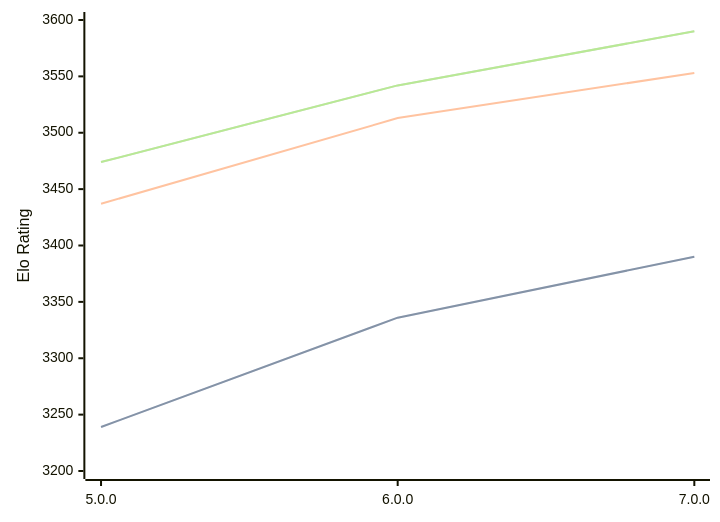
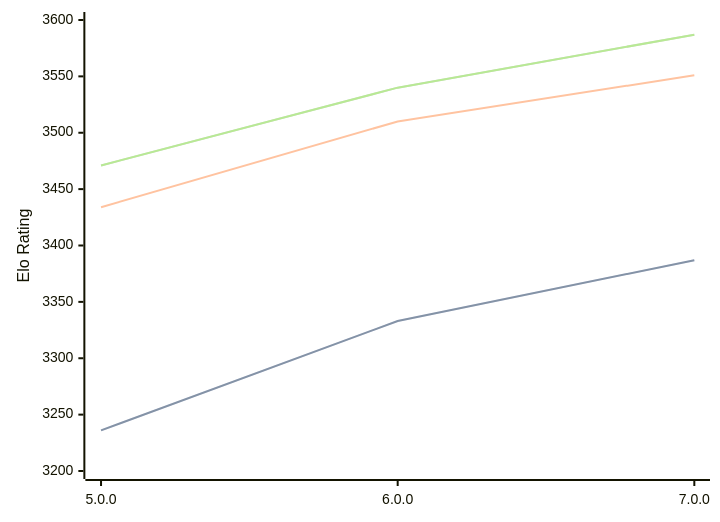
One commit to computer-chess-index/cci changed the diagram in engines/Stormphrax.md. Above: the diagram before and after it, drawn with Mermaid. The commit also changed other lines of this file, not shown here.

Commit message:
Update CCI Ratings (ELO VLTC) - 2026-04-23

````diff
--- a/engines/Stormphrax.md
+++ b/engines/Stormphrax.md
@@ -38,11 +38,11 @@
 ```mermaid
 %%{init: {"theme":"base","themeVariables":{"seriesColors:['#a3a3a3','#222221','#faa371']}}}%%
 xychart-beta
   x-axis ["5.0.0", "6.0.0", "7.0.0"]
   y-axis "Elo Rating" 3200 --> 3600
-  line "STC (8.0+0.08s)" [3239, 3336, 3390]
-  line "STC (8.0+0.08s)" [3239, 3336, 3390]
-  line "LTC (60.0+0.60s)" [3437, 3513, 3553]
-  line "VLTC (2m24s+1.12s)" [3474, 3542, 3590]
-  line "VLTC (2m24s+1.12s)" [3474, 3542, 3590]
+  line "STC (8.0+0.08s)" [3236, 3333, 3387]
+  line "STC (8.0+0.08s)" [3236, 3333, 3387]
+  line "LTC (60.0+0.60s)" [3434, 3510, 3551]
+  line "VLTC (2m24s+1.12s)" [3471, 3540, 3587]
+  line "VLTC (2m24s+1.12s)" [3471, 3540, 3587]
 ```
````
